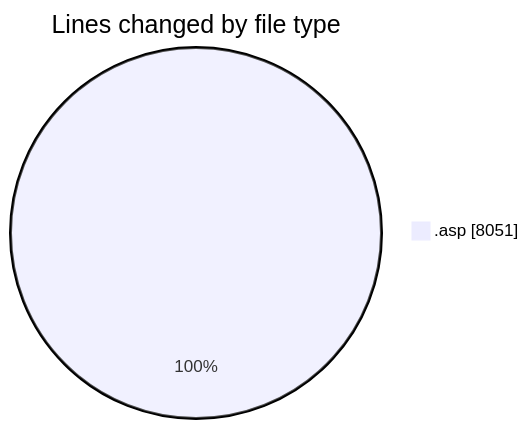
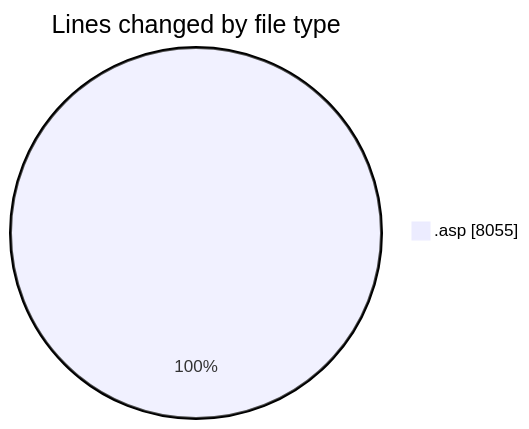
Before and after one commit to julien-gomy/code-tracking: the first of 2 diagrams in 2025-11-15/cdp_aleoudev_fr__workspace_/README.md, drawn with Mermaid. The commit also changed other lines of this file and 1 other file, not shown here.

````diff
--- a/2025-11-15/cdp_aleoudev_fr__workspace_/README.md
+++ b/2025-11-15/cdp_aleoudev_fr__workspace_/README.md
@@ -32,5 +32,5 @@
 ```mermaid
 pie showData
 title Lines changed by file type
-".asp" : 8051
+".asp" : 8055
 ```
````
